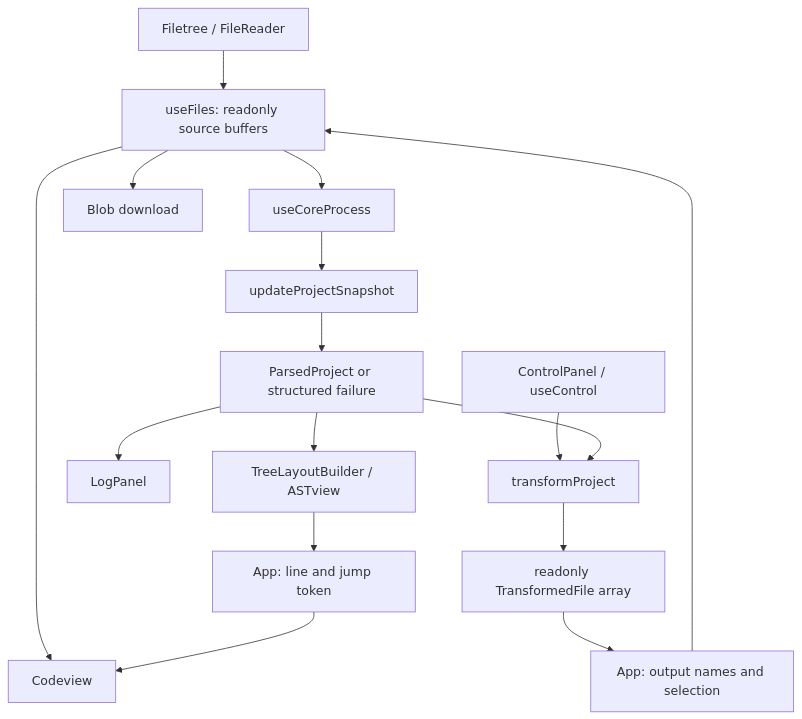
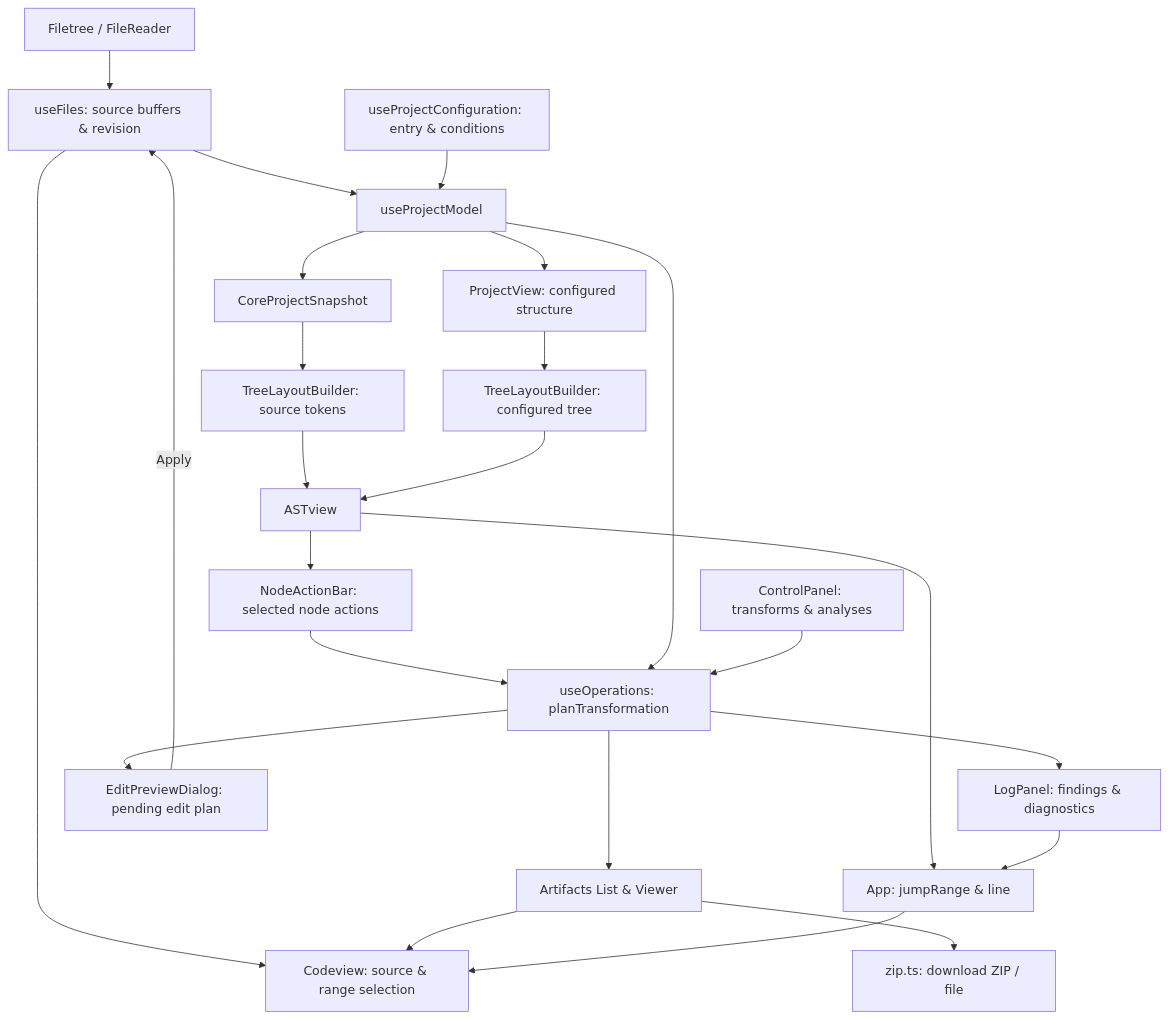
The diagram in docs/architecture.md (preptex/preptex.github.io), drawn with Mermaid before and after one commit. The commit also changed other lines of this file and 46 other files, not shown here.

````diff
--- a/docs/architecture.md
+++ b/docs/architecture.md
@@ -59,18 +55,26 @@
 ```mermaid
 flowchart TD
-  Upload[Filetree / FileReader] --> Files[useFiles: readonly source buffers]
-  Files --> Core[useCoreProcess]
-  Core --> Adapter[updateProjectSnapshot]
-  Adapter --> Snapshot[ParsedProject or structured failure]
-  Snapshot --> AST[TreeLayoutBuilder / ASTview]
-  Snapshot --> Log[LogPanel]
-  Files --> Code[Codeview]
-  Control[ControlPanel / useControl] --> Transform[transformProject]
-  Snapshot --> Transform
-  Transform --> Outputs[readonly TransformedFile array]
-  Outputs --> App[App: output names and selection]
-  App --> Files
-  Files --> Download[Blob download]
-  AST --> Jump[App: line and jump token]
+  Upload[Filetree / FileReader] --> Files[useFiles: source buffers & revision]
+  Files --> Model[useProjectModel]
+  Config[useProjectConfiguration: entry & conditions] --> Model
+  Model --> Snapshot[CoreProjectSnapshot]
+  Model --> View[ProjectView: configured structure]
+  Snapshot --> ASTSource[TreeLayoutBuilder: source tokens]
+  View --> ASTConfig[TreeLayoutBuilder: configured tree]
+  ASTSource --> AST[ASTview]
+  ASTConfig --> AST
+  AST --> NodeAction[NodeActionBar: selected node actions]
+  NodeAction --> Ops[useOperations: planTransformation]
+  Model --> Ops
+  Ops --> Log[LogPanel: findings & diagnostics]
+  Ops --> Dialog[EditPreviewDialog: pending edit plan]
+  Dialog -- Apply --> Files
+  Ops --> Artifacts[Artifacts List & Viewer]
+  Artifacts --> Zip[zip.ts: download ZIP / file]
+  Files --> Code[Codeview: source & range selection]
+  Artifacts --> Code
+  AST --> Jump[App: jumpRange & line]
+  Log --> Jump
   Jump --> Code
+  Control[ControlPanel: transforms & analyses] --> Ops
 ```
````
